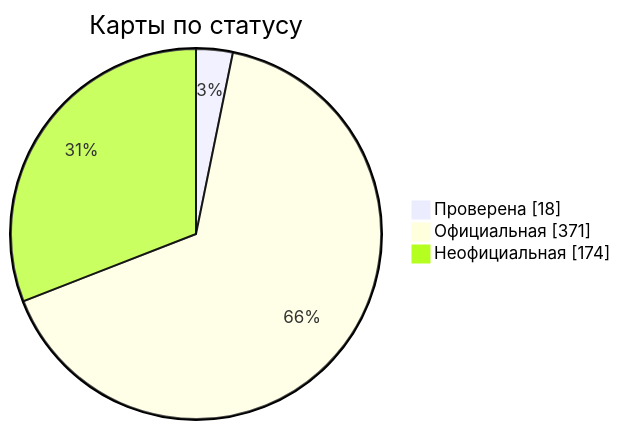
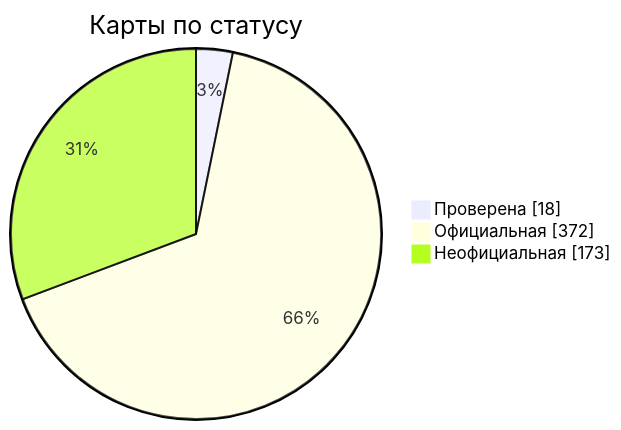
Before and after one commit to nobrega8/mbmap-library: the diagram in docs/readme/README_RU.md, drawn with Mermaid. The commit also changed 6 other files, not shown here.

````diff
--- a/docs/readme/README_RU.md
+++ b/docs/readme/README_RU.md
@@ -54,7 +54,7 @@
 ```mermaid
 pie showData
     title Карты по статусу
     "Проверена" : 18
-    "Официальная" : 371
-    "Неофициальная" : 174
+    "Официальная" : 372
+    "Неофициальная" : 173
 ```
````
